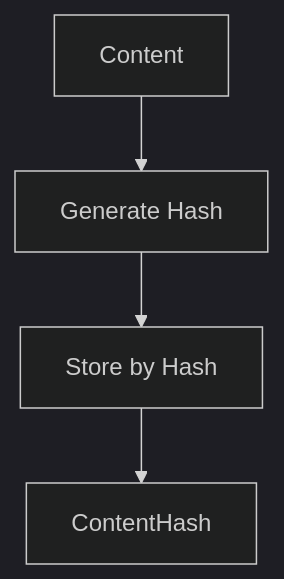
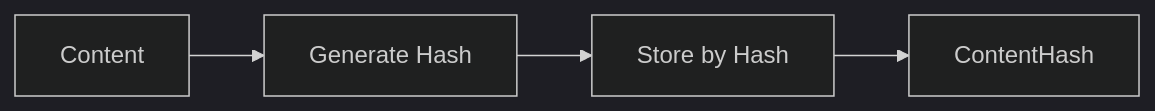
One commit to o2alexanderfedin/angular-cas-disot changed the first of 6 diagrams in docs/api/services.md. Above: the diagram before and after it, drawn with Mermaid (dark theme). The commit also changed other lines of this file, not shown here.

First line of the commit message:
docs: optimize diagram orientations for better readability

````diff
--- a/docs/api/services.md
+++ b/docs/api/services.md
@@ -39,11 +39,6 @@
 ```mermaid
-graph TD
-    INPUT[Content]
-    HASH[Generate Hash]
-    STORE[Store by Hash]
-    OUTPUT[ContentHash]
-    
-    INPUT --> HASH
-    HASH --> STORE
-    STORE --> OUTPUT
+graph LR
+    INPUT[Content] --> HASH[Generate Hash]
+    HASH --> STORE[Store by Hash]
+    STORE --> OUTPUT[ContentHash]
 ```
````
